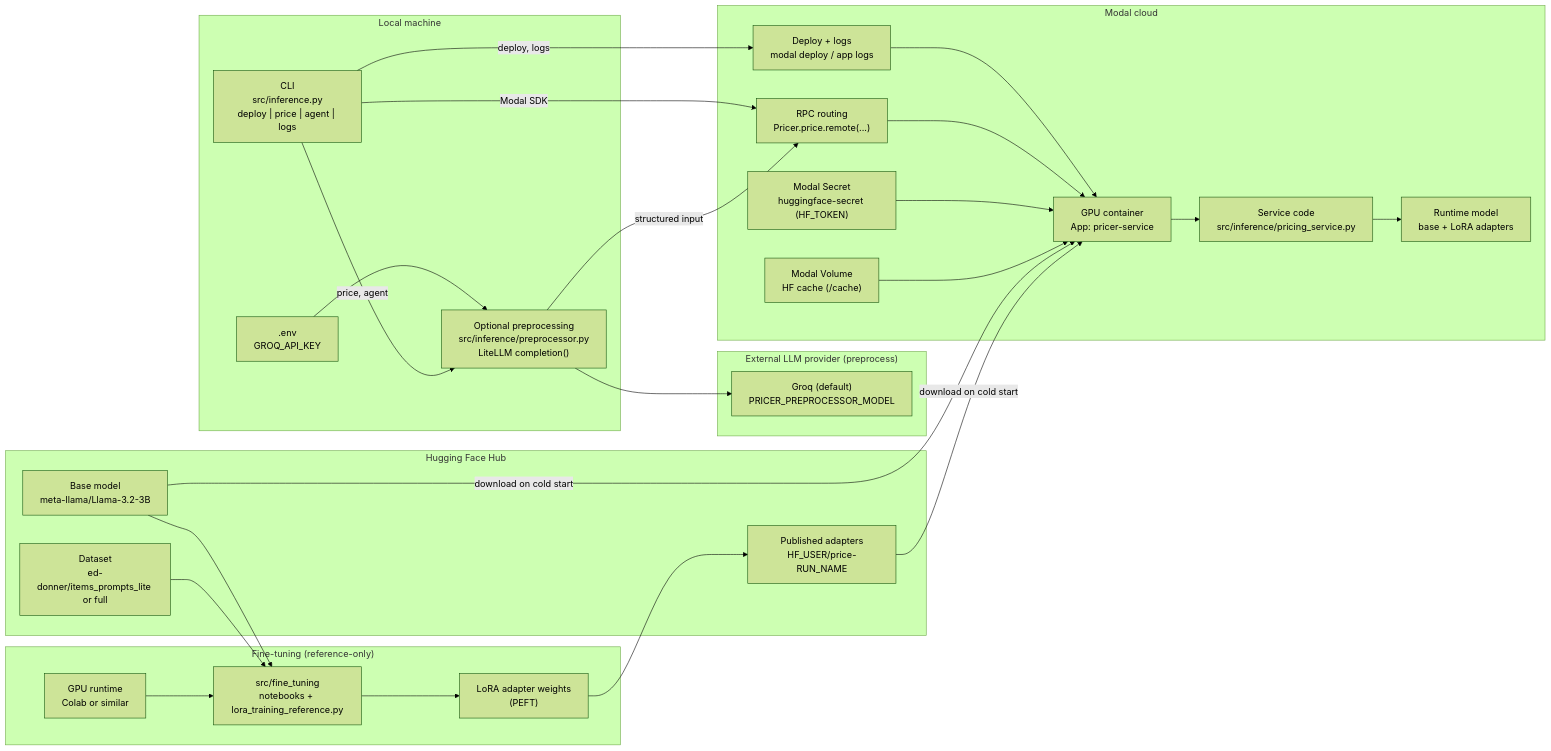
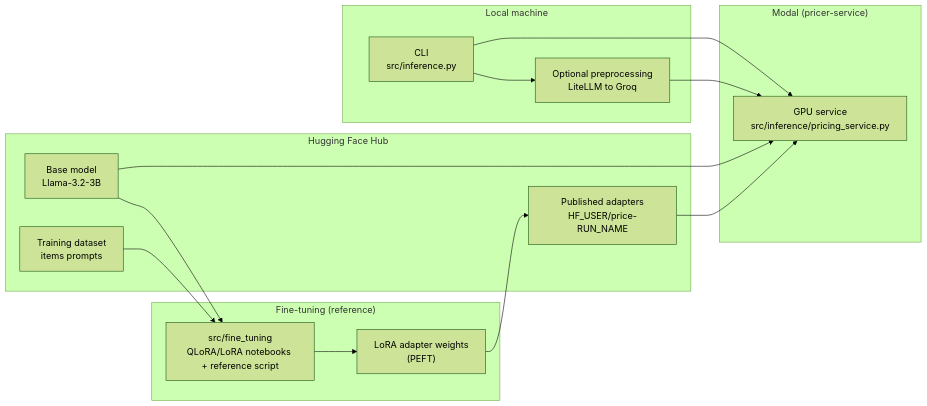
The diagram in README.md (aditya-caltechie/ai-fine-tuning), drawn with Mermaid (forest theme) before and after one commit.

````diff
--- a/README.md
+++ b/README.md
@@ -8,69 +8,34 @@
 ```mermaid
 flowchart LR
-  %% ---------------------------
-  %% Training (reference-only)
-  %% ---------------------------
-  subgraph Train["Fine-tuning (reference-only)"]
-    TCODE["src/fine_tuning<br/>notebooks + lora_training_reference.py"]
-    TGPU["GPU runtime<br/>Colab or similar"]
-    TGPU --> TCODE
-    TCODE --> ADAPT["LoRA adapter weights<br/>(PEFT)"]
+  subgraph Train["Fine-tuning (reference)"]
+    TCODE["src/fine_tuning<br/>QLoRA/LoRA notebooks + reference script"]
+    ADAPT["LoRA adapter weights<br/>(PEFT)"]
+    TCODE --> ADAPT
   end
 
-  %% ---------------------------
-  %% Hugging Face (model + data)
-  %% ---------------------------
   subgraph HF["Hugging Face Hub"]
-    BASE["Base model<br/>meta-llama/Llama-3.2-3B"]
-    DATA["Dataset<br/>ed-donner/items_prompts_lite or full"]
+    BASE["Base model<br/>Llama-3.2-3B"]
+    DATA["Training dataset<br/>items prompts"]
     ADAPT_HUB["Published adapters<br/>HF_USER/price-RUN_NAME"]
   end
 
-  %% ---------------------------
-  %% Inference + serving
-  %% ---------------------------
   subgraph Local["Local machine"]
-    CLI["CLI<br/>src/inference.py<br/>deploy | price | agent | logs"]
-    PRE["Optional preprocessing<br/>src/inference/preprocessor.py<br/>LiteLLM completion()"]
-    ENV_GROQ[".env<br/>GROQ_API_KEY"]
-    ENV_GROQ --> PRE
+    CLI["CLI<br/>src/inference.py"]
+    PRE["Optional preprocessing<br/>LiteLLM to Groq"]
   end
 
-  subgraph LLM["External LLM provider (preprocess)"]
-    GROQ["Groq (default)<br/>PRICER_PREPROCESSOR_MODEL"]
+  subgraph Modal["Modal (pricer-service)"]
+    SVC["GPU service<br/>src/inference/pricing_service.py"]
   end
 
-  subgraph Modal["Modal cloud"]
-    DEPLOY["Deploy + logs<br/>modal deploy / app logs"]
-    RPC["RPC routing<br/>Pricer.price.remote(...)"]
-    CONTAINER["GPU container<br/>App: pricer-service"]
-    SECRET["Modal Secret<br/>huggingface-secret (HF_TOKEN)"]
-    CACHE["Modal Volume<br/>HF cache (/cache)"]
-    SERVICE["Service code<br/>src/inference/pricing_service.py"]
-    MODEL["Runtime model<br/>base + LoRA adapters"]
-
-    DEPLOY --> CONTAINER
-    RPC --> CONTAINER
-    SECRET --> CONTAINER
-    CACHE --> CONTAINER
-    CONTAINER --> SERVICE
-    SERVICE --> MODEL
-  end
-
-  %% ---------------------------
-  %% Relationships (data/control)
-  %% ---------------------------
+  DATA --> TCODE
   BASE --> TCODE
-  DATA --> TCODE
   ADAPT --> ADAPT_HUB
 
-  CLI -->|"deploy, logs"| DEPLOY
-  CLI -->|"price, agent"| PRE
-  PRE --> GROQ
+  CLI --> PRE
+  CLI --> SVC
+  PRE --> SVC
 
-  CLI -->|"Modal SDK"| RPC
-  PRE -->|"structured input"| RPC
-
-  BASE -->|"download on cold start"| CONTAINER
-  ADAPT_HUB -->|"download on cold start"| CONTAINER
+  BASE --> SVC
+  ADAPT_HUB --> SVC
 ```
````
